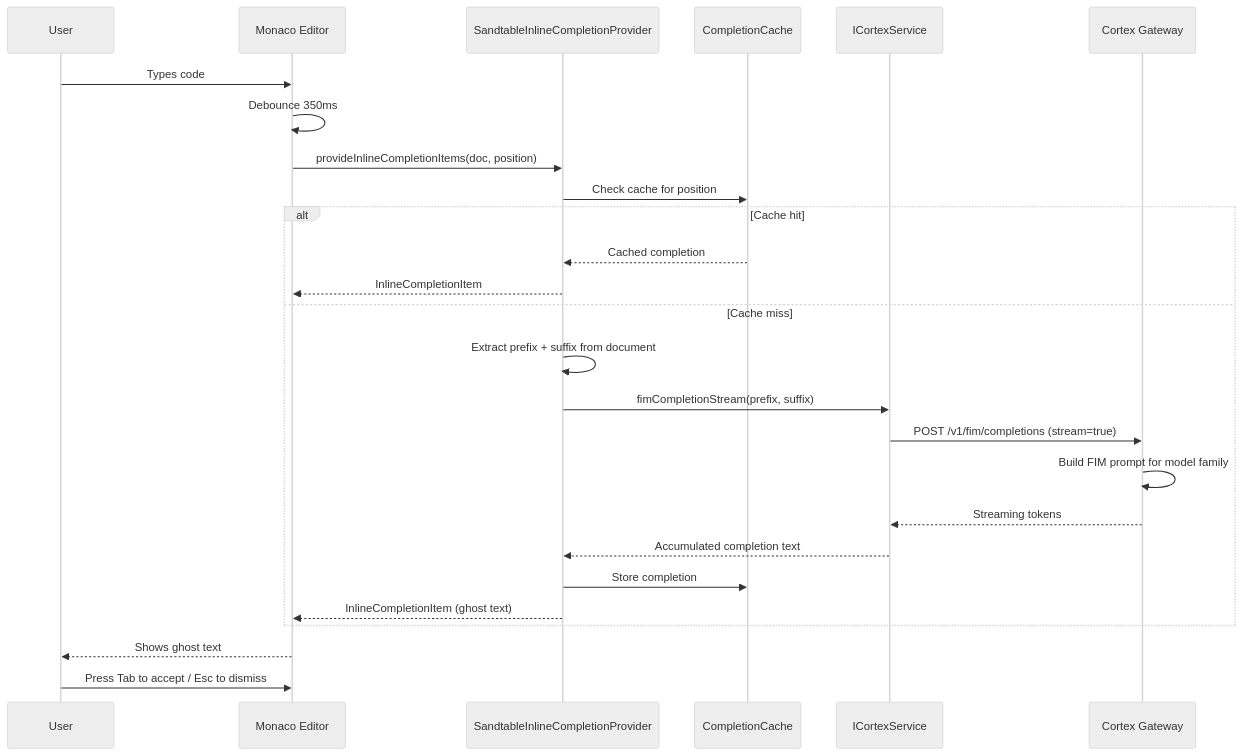
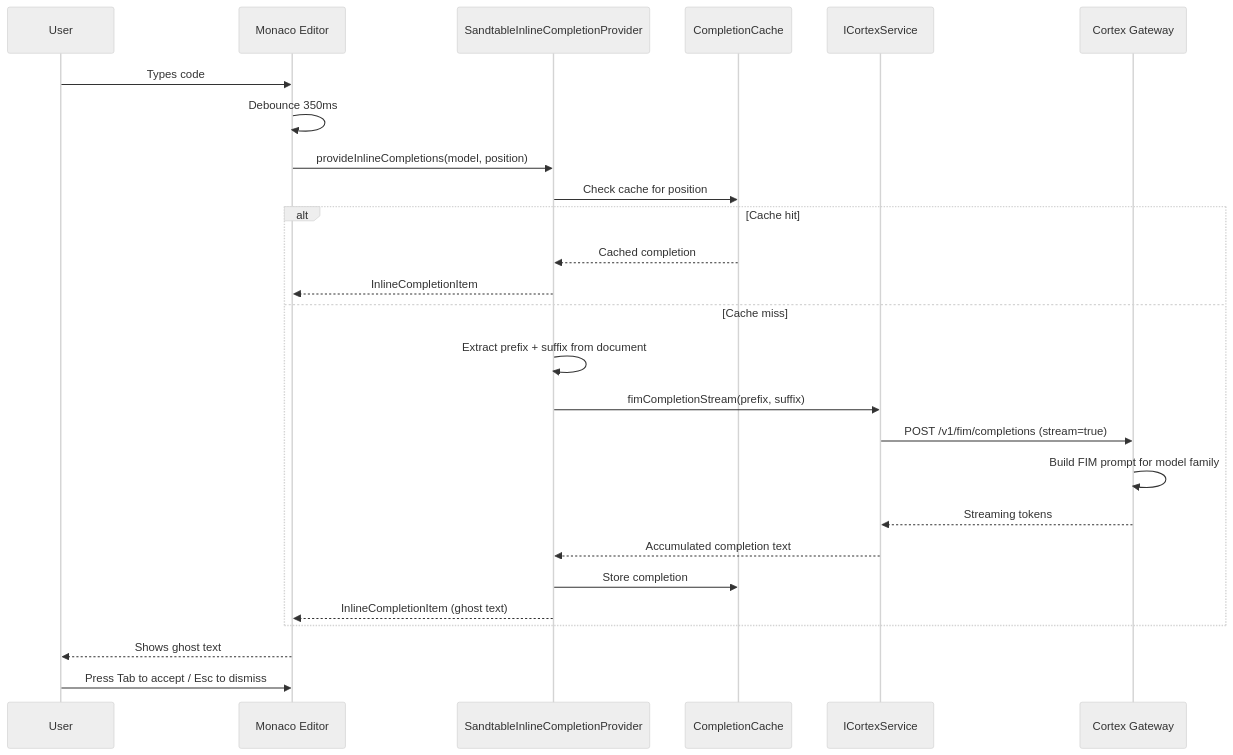
The third of 4 diagrams in docs/project/ARCHITECTURE.md (darkhorse-and-bandit/sandtable), drawn with Mermaid (neutral theme) before and after one commit. The commit also changed other lines of this file and 36 other files, not shown here.

````diff
--- a/docs/project/ARCHITECTURE.md
+++ b/docs/project/ARCHITECTURE.md
@@ -410,29 +410,29 @@
 ```mermaid
 sequenceDiagram
     participant User
     participant Editor as Monaco Editor
     participant Provider as SandtableInlineCompletionProvider
     participant Cache as CompletionCache
     participant CortexService as ICortexService
     participant Gateway as Cortex Gateway
 
     User->>Editor: Types code
     Editor->>Editor: Debounce 350ms
-    Editor->>Provider: provideInlineCompletionItems(doc, position)
+    Editor->>Provider: provideInlineCompletions(model, position)
     Provider->>Cache: Check cache for position
     alt Cache hit
         Cache-->>Provider: Cached completion
         Provider-->>Editor: InlineCompletionItem
     else Cache miss
         Provider->>Provider: Extract prefix + suffix from document
         Provider->>CortexService: fimCompletionStream(prefix, suffix)
         CortexService->>Gateway: POST /v1/fim/completions (stream=true)
         Gateway->>Gateway: Build FIM prompt for model family
         Gateway-->>CortexService: Streaming tokens
         CortexService-->>Provider: Accumulated completion text
         Provider->>Cache: Store completion
         Provider-->>Editor: InlineCompletionItem (ghost text)
     end
     Editor-->>User: Shows ghost text
     User->>Editor: Press Tab to accept / Esc to dismiss
 ```
````
